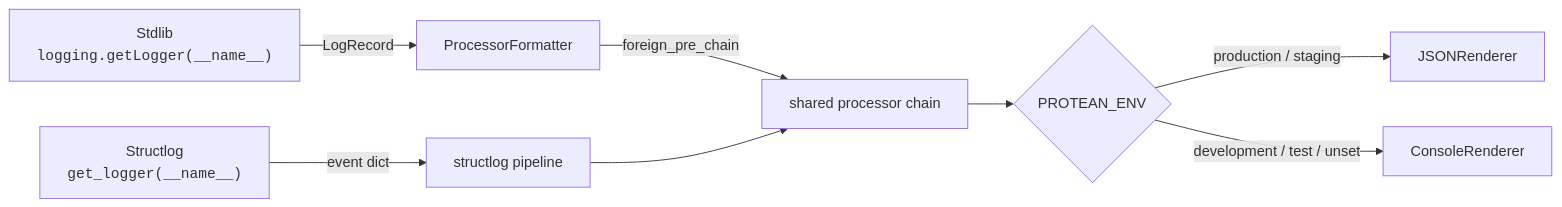
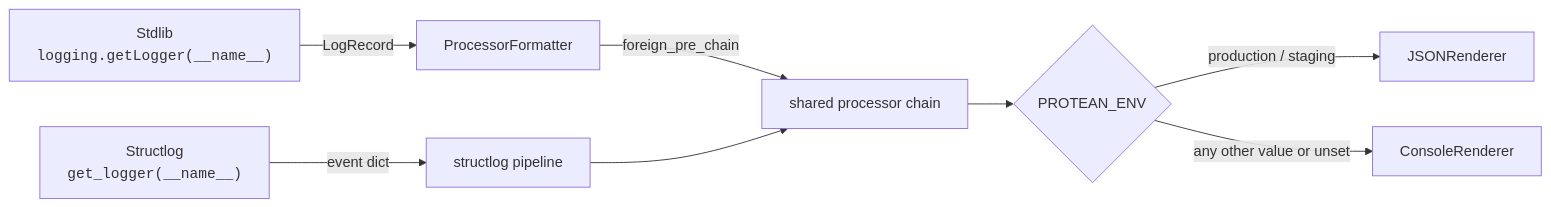
Before and after one commit to proteanhq/protean: the diagram in docs/concepts/observability/logging.md, drawn with Mermaid. The commit also changed other lines of this file and 11 other files, not shown here.

````diff
--- a/docs/concepts/observability/logging.md
+++ b/docs/concepts/observability/logging.md
@@ -101,10 +101,10 @@
 ```mermaid
 flowchart LR
     A["Stdlib<br/><code>logging.getLogger(__name__)</code>"] -->|LogRecord| B[ProcessorFormatter]
     C["Structlog<br/><code>get_logger(__name__)</code>"] -->|event dict| D[structlog pipeline]
     B -->|foreign_pre_chain| E[shared processor chain]
     D --> E
     E --> F{PROTEAN_ENV}
     F -->|production / staging| G[JSONRenderer]
-    F -->|development / test / unset| H[ConsoleRenderer]
+    F -->|any other value or unset| H[ConsoleRenderer]
 ```
````
